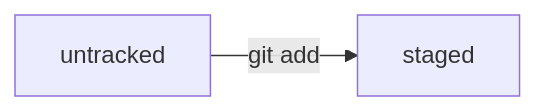
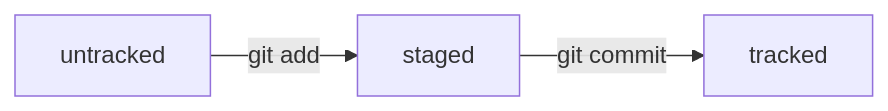
Before and after one commit to dranichka/practicum: the diagram in readme.md, drawn with Mermaid.

Commit message:
Исправлена схема ЖЦ

````diff
--- a/readme.md
+++ b/readme.md
@@ -60,4 +60,5 @@
 ```mermaid
 graph LR;
 untracked -- "git add" --> staged;
+staged -- "git commit" --> tracked;
 ```
````
